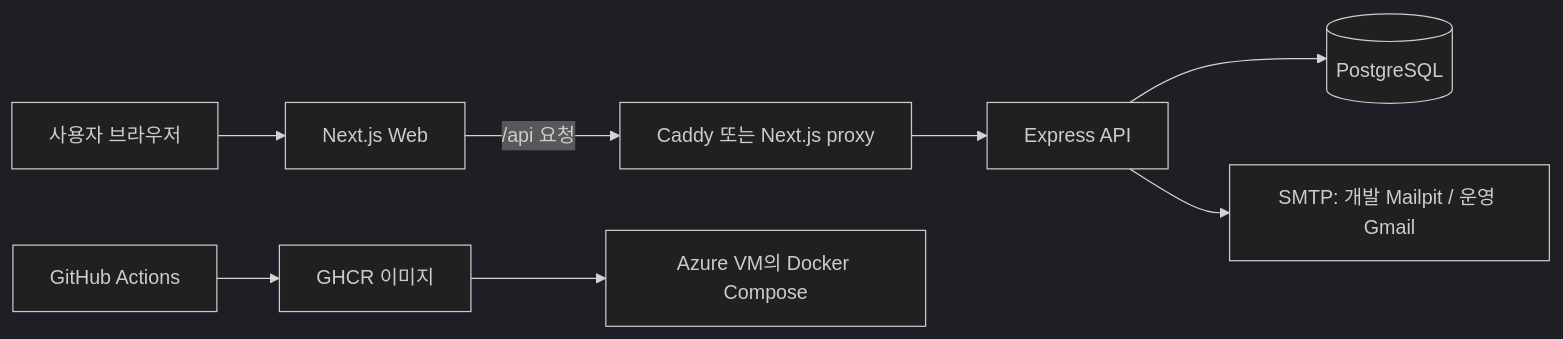
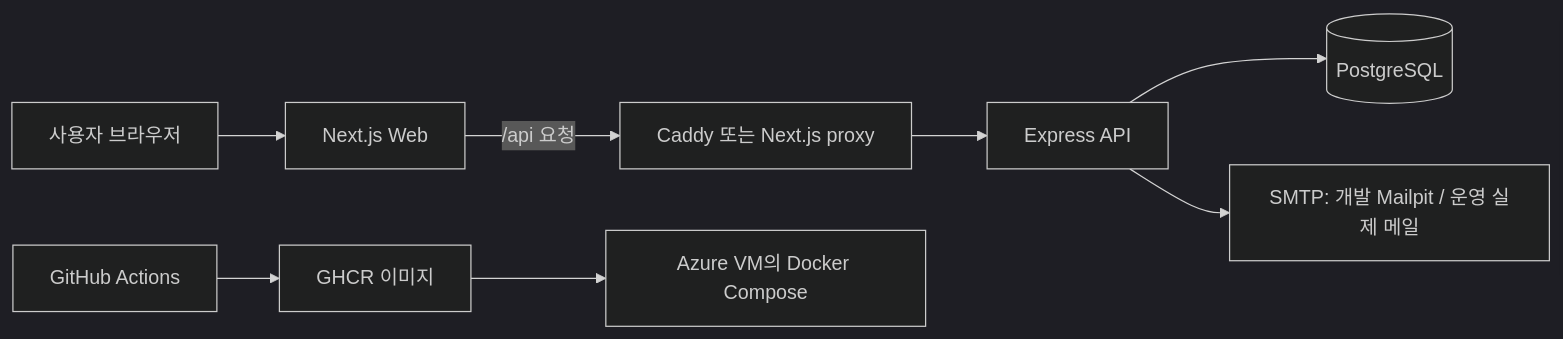
One commit to yohan-work/SourceWiki changed the diagram in docs/learning_data/README.md. Above: the diagram before and after it, drawn with Mermaid (dark theme). The commit also changed other lines of this file and 28 other files, not shown here.

````diff
--- a/docs/learning_data/README.md
+++ b/docs/learning_data/README.md
@@ -7,10 +11,10 @@
 ```mermaid
 flowchart LR
   U[사용자 브라우저] --> W[Next.js Web]
   W -->|/api 요청| P[Caddy 또는 Next.js proxy]
   P --> A[Express API]
   A --> D[(PostgreSQL)]
-  A --> M[SMTP: 개발 Mailpit / 운영 Gmail]
+  A --> M[SMTP: 개발 Mailpit / 운영 실제 메일]
   CI[GitHub Actions] --> I[GHCR 이미지]
   I --> V[Azure VM의 Docker Compose]
 ```
````
